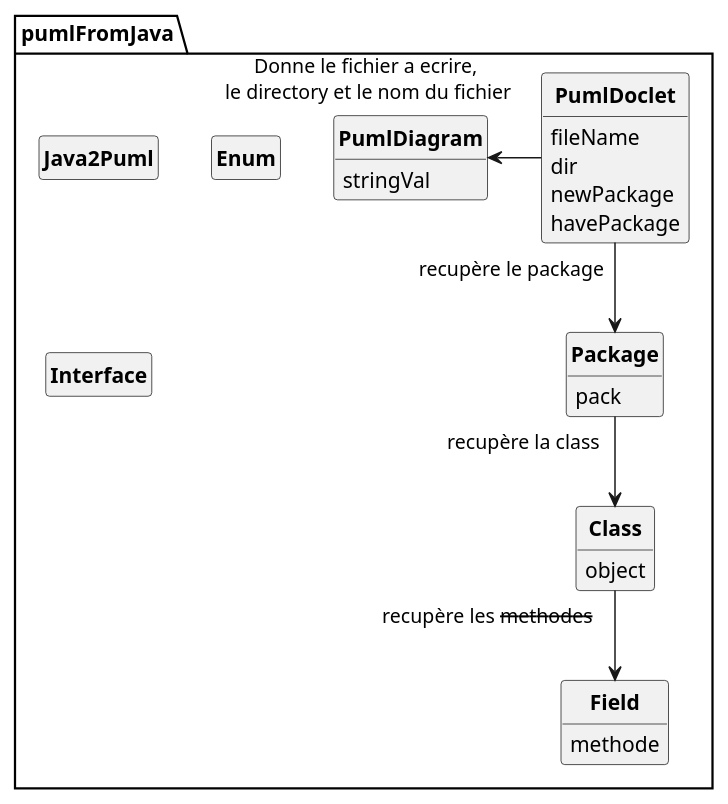
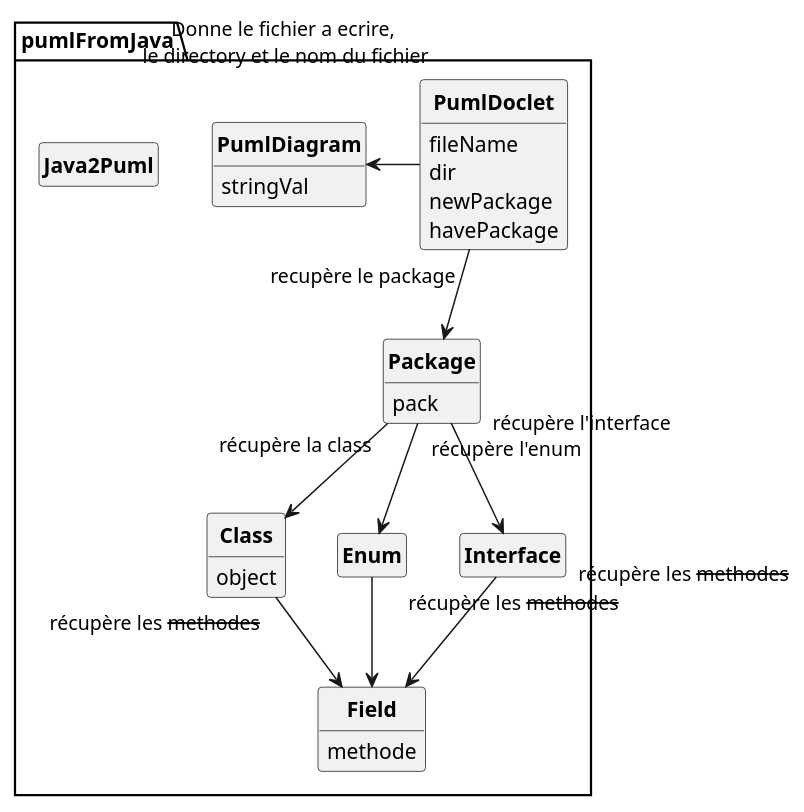
One commit to D3B1RUM4N/PumlFromJava changed the diagram in puml/DiagrammesCodeEleve/DcaCodeEleve.puml. Above: the diagram before and after it, drawn with PlantUML. The commit also changed 1 other file, not shown here.

```diff
--- a/puml/DiagrammesCodeEleve/DcaCodeEleve.puml
+++ b/puml/DiagrammesCodeEleve/DcaCodeEleve.puml
@@ -1,50 +1,54 @@
 @startuml
 
 'UML GENERE PAR CODE :)
 
 skinparam style strictuml
 skinparam classAttributeIconSize 0
 skinparam classFontStyle Bold
 hide empty members
 
 PACKAGE pumlFromJava{
 	CLASS Class{
 		object
 	}
 
 	CLASS Field{
 		methode
 	}
 
 	CLASS Java2Puml{
 	}
 
 	CLASS Package{
 		pack
 	}
 
 	CLASS PumlDiagram{
 		stringVal
 	}
 
 	CLASS PumlDoclet{
 		fileName
 		dir
 		newPackage
 		havePackage
 	}
 
 	 class Enum{
         }
 
      class Interface{
         }
 
 PumlDoclet "recupère le package" --> Package
-Package "recupère la class" --> Class
-Class "recupère les --methodes--" --> Field
+Package "récupère la class" --> Class
+Package "récupère l'interface" --> Interface
+Package "récupère l'enum" --> Enum
+Class "récupère les --methodes--" --> Field
+Interface "récupère les --methodes--" --> Field
+Enum "récupère les --methodes--" --> Field
 'Je sais que ça ne s'appelle pas méthode mais gros trou de mémoire
 PumlDoclet "Donne le fichier a ecrire,\n le directory et le nom du fichier" ---l-> PumlDiagram
 
 }
 @enduml
```
